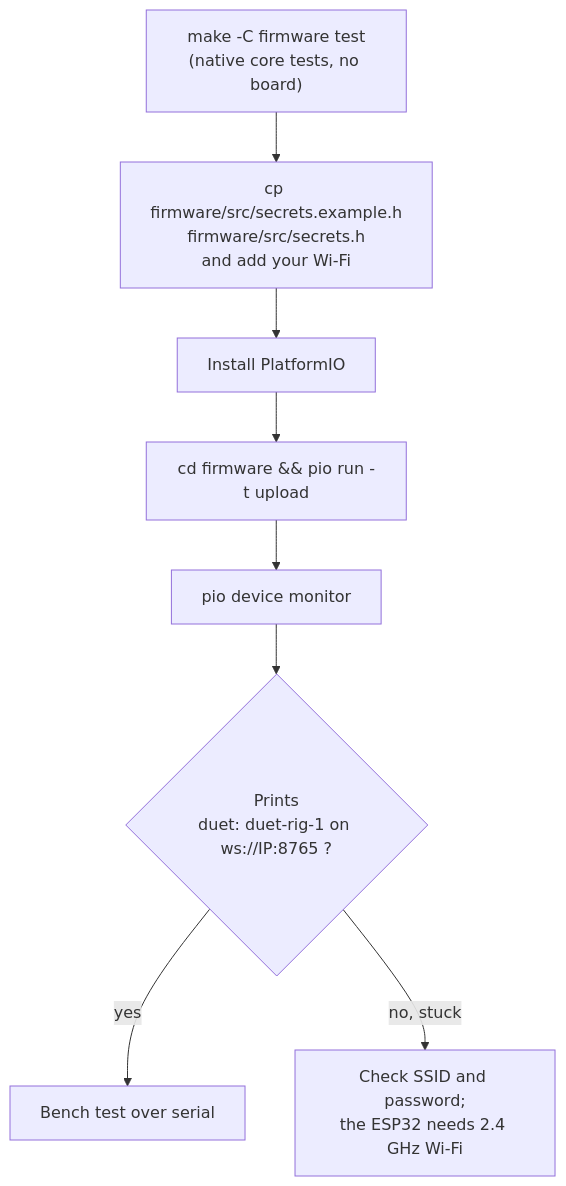
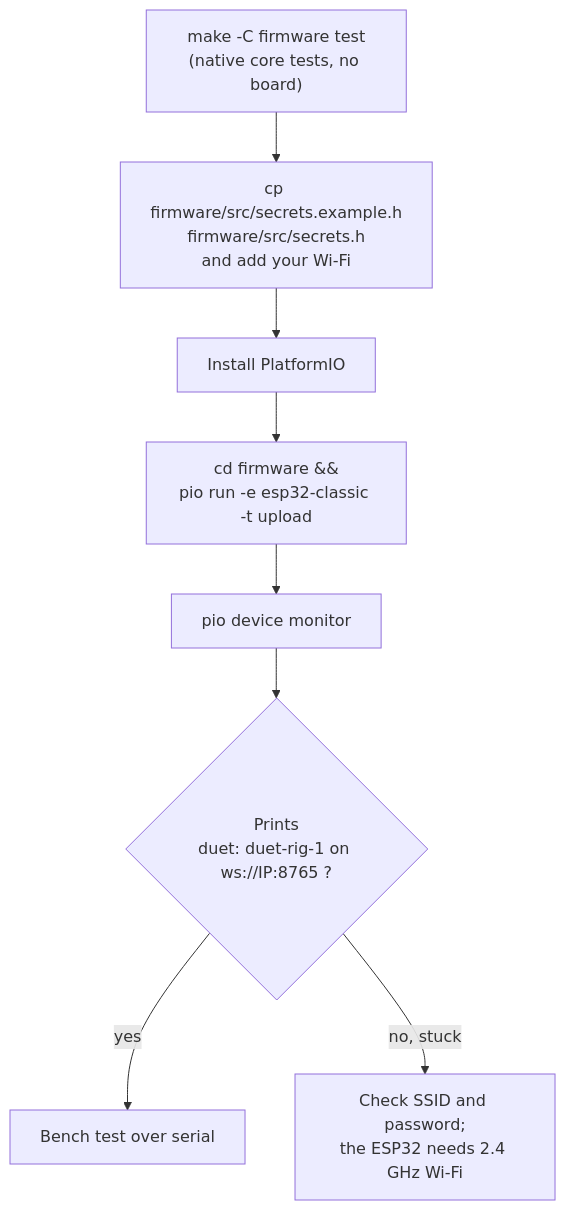
One commit to gilrvrv-design/Duet changed the fourth of 9 diagrams in docs/rig-guide.md. Above: the diagram before and after it, drawn with Mermaid. The commit also changed other lines of this file and 33 other files, not shown here.

````diff
--- a/docs/rig-guide.md
+++ b/docs/rig-guide.md
@@ -221,10 +243,10 @@
 ```mermaid
 flowchart TD
     t["make -C firmware test<br/>(native core tests, no board)"] --> s["cp firmware/src/secrets.example.h<br/>firmware/src/secrets.h<br/>and add your Wi-Fi"]
     s --> p["Install PlatformIO"]
-    p --> f["cd firmware && pio run -t upload"]
+    p --> f["cd firmware &&<br/>pio run -e esp32-classic -t upload"]
     f --> m["pio device monitor"]
     m --> ok{"Prints<br/>duet: duet-rig-1 on ws://IP:8765 ?"}
     ok -->|"yes"| next["Bench test over serial"]
     ok -->|"no, stuck"| wifi["Check SSID and password;<br/>the ESP32 needs 2.4 GHz Wi-Fi"]
 ```
````
